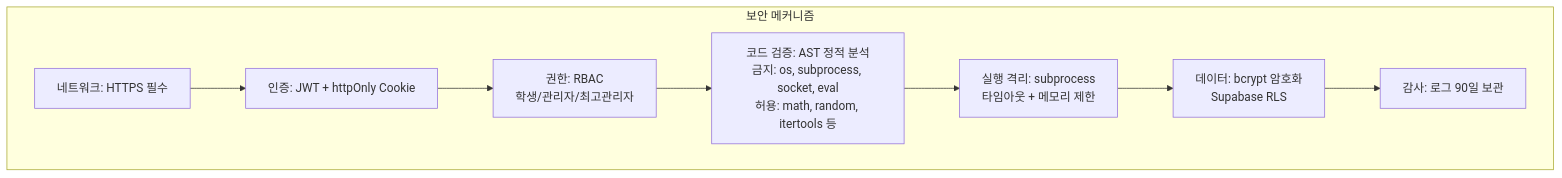
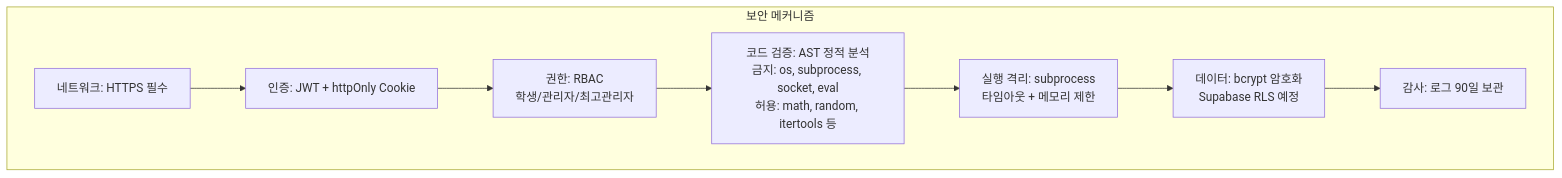
One commit to midopa-dept/python-code-judge changed the sixth of 7 diagrams in docs/5-arch-diagram.md. Above: the diagram before and after it, drawn with Mermaid. The commit also changed other lines of this file and 4 other files, not shown here.

````diff
--- a/docs/5-arch-diagram.md
+++ b/docs/5-arch-diagram.md
@@ -164,19 +242,19 @@
 ```mermaid
 graph TD
     subgraph "보안 메커니즘"
         L1[네트워크: HTTPS 필수]
         L2[인증: JWT + httpOnly Cookie]
         L3[권한: RBAC<br/>학생/관리자/최고관리자]
         L4[코드 검증: AST 정적 분석<br/>금지: os, subprocess, socket, eval<br/>허용: math, random, itertools 등]
         L5[실행 격리: subprocess<br/>타임아웃 + 메모리 제한]
-        L6[데이터: bcrypt 암호화<br/>Supabase RLS]
+        L6[데이터: bcrypt 암호화<br/>Supabase RLS 예정]
         L7[감사: 로그 90일 보관]
     end
 
     L1 --> L2
     L2 --> L3
     L3 --> L4
     L4 --> L5
     L5 --> L6
     L6 --> L7
 ```
````
